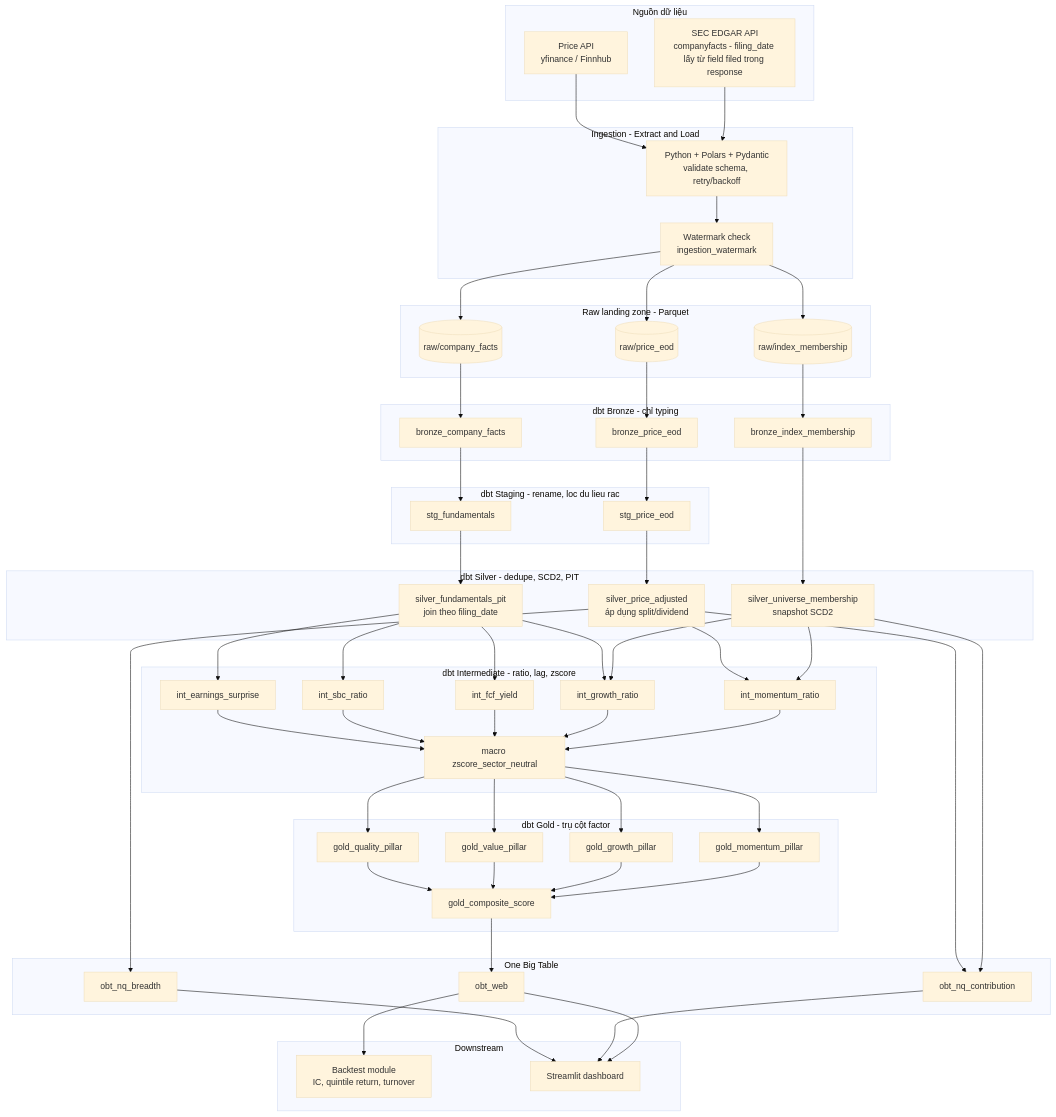
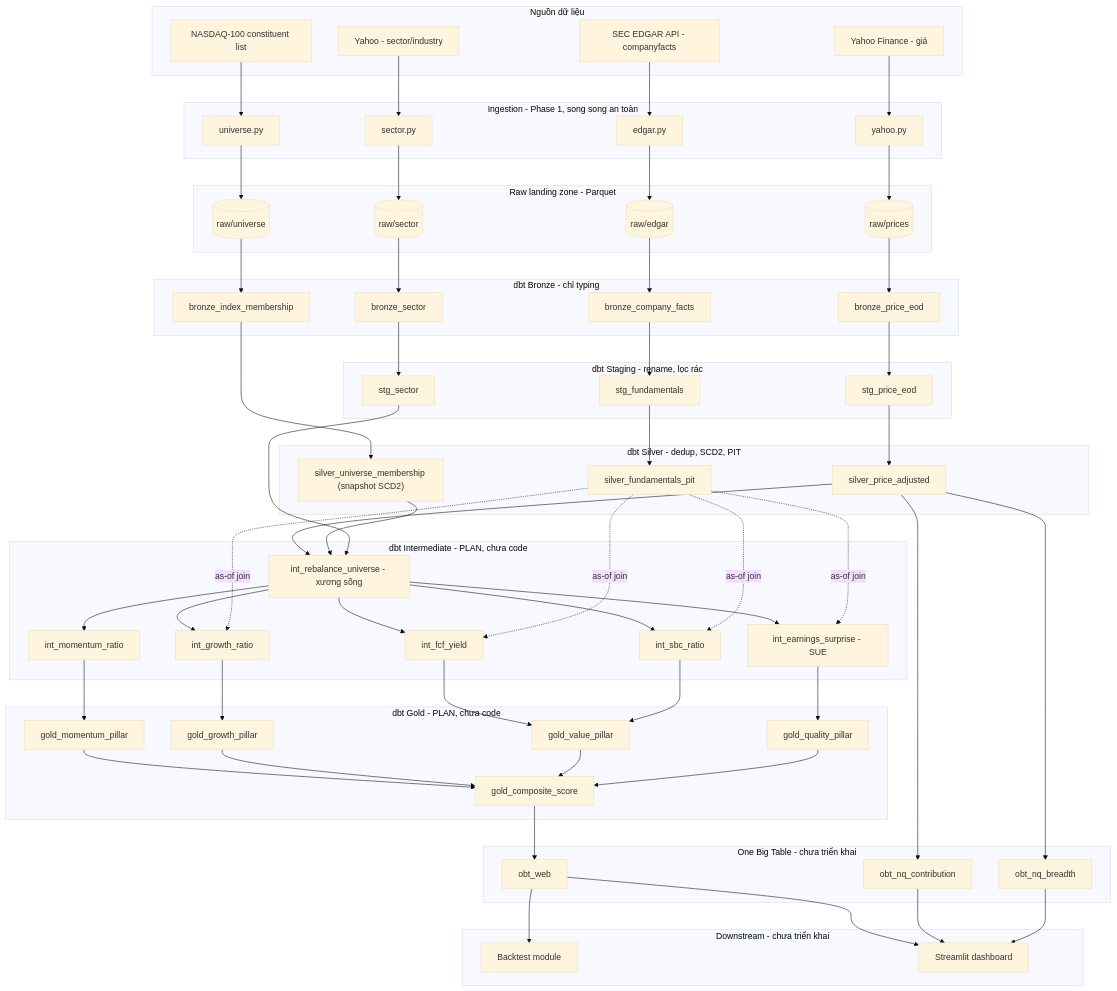
Before and after one commit to PhucTruong11/NASDAQ100-Quantamental: the first of 6 diagrams in data-flow.md, drawn with Mermaid (base theme). The commit also changed other lines of this file and 2 other files, not shown here.

Commit message:
Them intermediate rebalance_universe for model

````diff
--- a/data-flow.md
+++ b/data-flow.md
@@ -5,48 +5,55 @@
 ```mermaid
 graph TD
     subgraph SRC[Nguồn dữ liệu]
-        A1[SEC EDGAR API<br/>companyfacts - filing_date lấy từ field filed trong response]
-        A2[Price API<br/>yfinance / Finnhub]
+        A1[SEC EDGAR API - companyfacts]
+        A2[Yahoo Finance - giá]
+        A3[Yahoo - sector/industry]
+        A4[NASDAQ-100 constituent list]
     end
 
-    subgraph ING[Ingestion - Extract and Load]
-        B1[Python + Polars + Pydantic<br/>validate schema, retry/backoff]
-        B2[Watermark check<br/>ingestion_watermark]
+    subgraph ING[Ingestion - Phase 1, song song an toàn]
+        B1[edgar.py]
+        B2[yahoo.py]
+        B3[sector.py]
+        B4[universe.py]
     end
 
     subgraph RAW[Raw landing zone - Parquet]
-        C1[(raw/price_eod)]
-        C2[(raw/company_facts)]
-        C3[(raw/index_membership)]
+        C1[(raw/edgar)]
+        C2[(raw/prices)]
+        C3[(raw/sector)]
+        C4[(raw/universe)]
     end
 
     subgraph BRONZE[dbt Bronze - chỉ typing]
-        D1[bronze_price_eod]
-        D2[bronze_company_facts]
+        D1[bronze_company_facts]
+        D2[bronze_price_eod]
+        D3[bronze_sector]
         D4[bronze_index_membership]
     end
 
-    subgraph STG[dbt Staging - rename, loc du lieu rac]
-        E1[stg_price_eod]
-        E2[stg_fundamentals]
+    subgraph STG[dbt Staging - rename, lọc rác]
+        E1[stg_fundamentals]
+        E2[stg_price_eod]
+        E3[stg_sector]
     end
 
-    subgraph SILVER[dbt Silver - dedupe, SCD2, PIT]
-        F1[silver_universe_membership<br/>snapshot SCD2]
-        F2[silver_price_adjusted<br/>áp dụng split/dividend]
-        F3[silver_fundamentals_pit<br/>join theo filing_date]
+    subgraph SILVER[dbt Silver - dedup, SCD2, PIT]
+        F1[silver_fundamentals_pit]
+        F2[silver_price_adjusted]
+        F3["silver_universe_membership (snapshot SCD2)"]
     end
 
-    subgraph INTER[dbt Intermediate - ratio, lag, zscore]
+    subgraph INTER[dbt Intermediate - PLAN, chưa code]
+        G0[int_rebalance_universe - xương sống]
         G1[int_momentum_ratio]
         G2[int_growth_ratio]
         G3[int_fcf_yield]
         G4[int_sbc_ratio]
-        G5[int_earnings_surprise]
-        G6[macro zscore_sector_neutral]
+        G5[int_earnings_surprise - SUE]
     end
 
-    subgraph GOLD[dbt Gold - trụ cột factor]
+    subgraph GOLD[dbt Gold - PLAN, chưa code]
         H1[gold_momentum_pillar]
         H2[gold_growth_pillar]
         H3[gold_value_pillar]
@@ -54,60 +61,63 @@
         H5[gold_composite_score]
     end
 
-    subgraph OBT[One Big Table]
+    subgraph OBT[One Big Table - chưa triển khai]
         I1[obt_web]
         I2[obt_nq_contribution]
         I3[obt_nq_breadth]
     end
 
-    subgraph DOWN[Downstream]
-        J1[Backtest module<br/>IC, quintile return, turnover]
+    subgraph DOWN[Downstream - chưa triển khai]
+        J1[Backtest module]
         J2[Streamlit dashboard]
     end
 
     A1 --> B1
-    A2 --> B1
-    B1 --> B2
-    B2 --> C1
+    A2 --> B2
+    A3 --> B3
+    A4 --> B4
+    B1 --> C1
     B2 --> C2
-    B2 --> C3
+    B3 --> C3
+    B4 --> C4
 
     C1 --> D1
     C2 --> D2
-    C3 --> D4
+    C3 --> D3
+    C4 --> D4
 
     D1 --> E1
     D2 --> E2
-    D4 --> F1
+    D3 --> E3
+    D4 --> F3
 
-    E1 --> F2
-    E2 --> F3
+    E1 --> F1
+    E2 --> F2
 
-    F1 --> G1
-    F1 --> G2
-    F2 --> G1
-    F3 --> G2
-    F3 --> G3
-    F3 --> G4
-    F3 --> G5
+    F2 --> G0
+    F3 --> G0
+    E3 --> G0
+    G0 --> G1
+    G0 --> G2
+    G0 --> G3
+    G0 --> G4
+    G0 --> G5
+    F1 -. as-of join .-> G2
+    F1 -. as-of join .-> G3
+    F1 -. as-of join .-> G4
+    F1 -. as-of join .-> G5
 
-    G1 --> G6
-    G2 --> G6
-    G3 --> G6
-    G4 --> G6
-    G5 --> G6
-
-    G6 --> H1
-    G6 --> H2
-    G6 --> H3
-    G6 --> H4
+    G1 --> H1
+    G2 --> H2
+    G3 --> H3
+    G4 --> H3
+    G5 --> H4
     H1 --> H5
     H2 --> H5
     H3 --> H5
     H4 --> H5
 
     H5 --> I1
-    F1 --> I2
     F2 --> I2
     F2 --> I3
 
````
